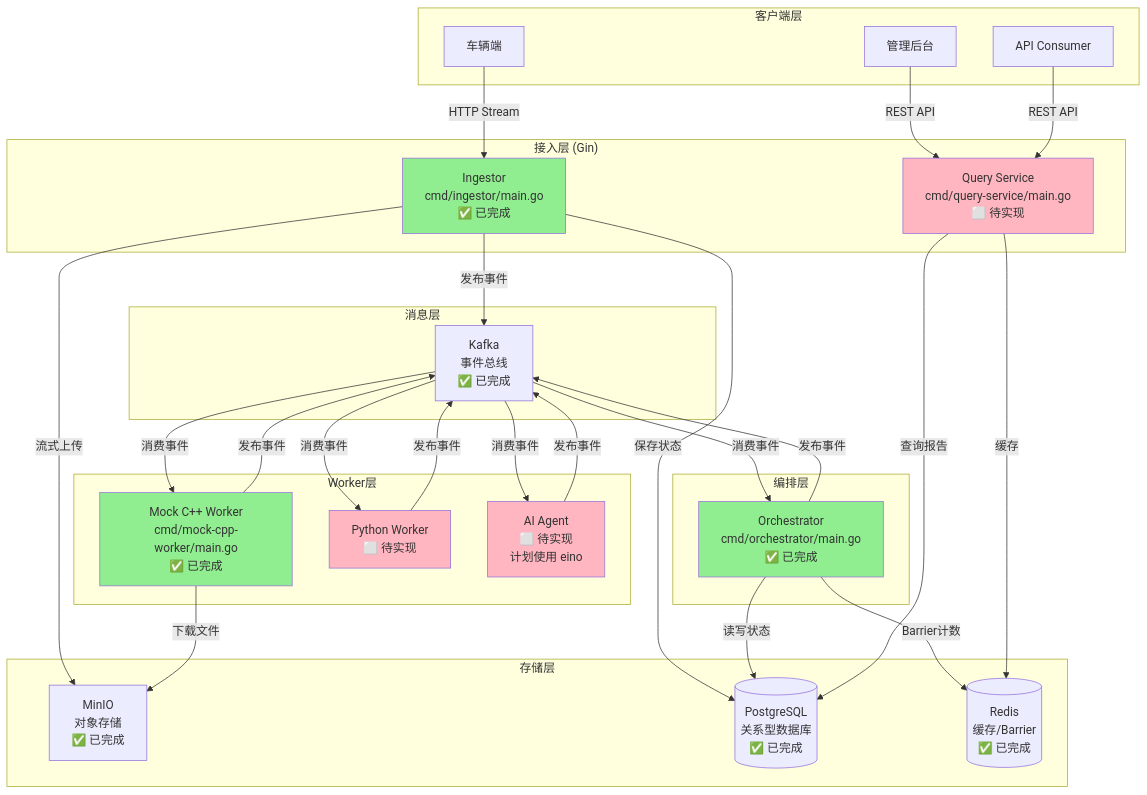
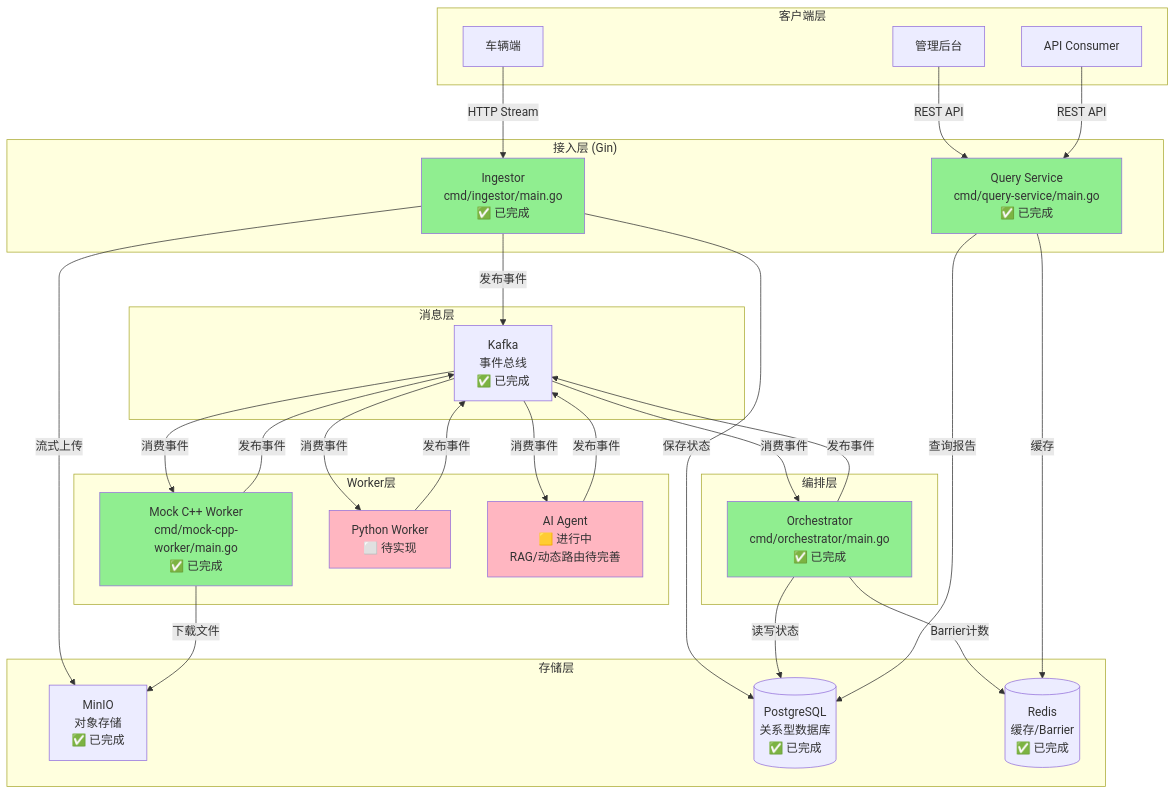
Before and after one commit to MISTRYUSER/Argus-OTA-Platform: the first of 10 diagrams in docs/architecture-diagram.md, drawn with Mermaid. The commit also changed other lines of this file and 4595 other files, not shown here.

````diff
--- a/docs/architecture-diagram.md
+++ b/docs/architecture-diagram.md
@@ -9,66 +12,66 @@
 ```mermaid
 graph TB
     subgraph "客户端层"
         Vehicle[车辆端]
         Admin[管理后台]
         API[API Consumer]
     end
 
     subgraph "接入层 (Gin)"
         Ingestor[Ingestor<br/>cmd/ingestor/main.go<br/>✅ 已完成]
-        QueryService[Query Service<br/>cmd/query-service/main.go<br/>⬜ 待实现]
+        QueryService[Query Service<br/>cmd/query-service/main.go<br/>✅ 已完成]
     end
 
     subgraph "存储层"
         MinIO[MinIO<br/>对象存储<br/>✅ 已完成]
         PostgreSQL[(PostgreSQL<br/>关系型数据库<br/>✅ 已完成)]
         Redis[(Redis<br/>缓存/Barrier<br/>✅ 已完成)]
     end
 
     subgraph "消息层"
         Kafka[Kafka<br/>事件总线<br/>✅ 已完成]
     end
 
     subgraph "编排层"
         Orchestrator[Orchestrator<br/>cmd/orchestrator/main.go<br/>✅ 已完成]
     end
 
     subgraph "Worker层"
         CppWorker[Mock C++ Worker<br/>cmd/mock-cpp-worker/main.go<br/>✅ 已完成]
         PythonWorker[Python Worker<br/>⬜ 待实现]
-        AIAgent[AI Agent<br/>⬜ 待实现<br/>计划使用 eino]
+        AIAgent[AI Agent<br/>🟨 进行中<br/>RAG/动态路由待完善]
     end
 
     Vehicle -->|HTTP Stream| Ingestor
     Admin -->|REST API| QueryService
     API -->|REST API| QueryService
 
     Ingestor -->|流式上传| MinIO
     Ingestor -->|保存状态| PostgreSQL
     Ingestor -->|发布事件| Kafka
 
     Kafka -->|消费事件| Orchestrator
     Kafka -->|消费事件| CppWorker
     Kafka -->|消费事件| PythonWorker
     Kafka -->|消费事件| AIAgent
 
     Orchestrator -->|读写状态| PostgreSQL
     Orchestrator -->|Barrier计数| Redis
     Orchestrator -->|发布事件| Kafka
 
     CppWorker -->|下载文件| MinIO
     CppWorker -->|发布事件| Kafka
 
     QueryService -->|查询报告| PostgreSQL
     QueryService -->|缓存| Redis
 
     PythonWorker -->|发布事件| Kafka
     AIAgent -->|发布事件| Kafka
 
     style Ingestor fill:#90EE90
     style Orchestrator fill:#90EE90
     style CppWorker fill:#90EE90
-    style QueryService fill:#FFB6C1
+    style QueryService fill:#90EE90
     style PythonWorker fill:#FFB6C1
     style AIAgent fill:#FFB6C1
 ```
````
